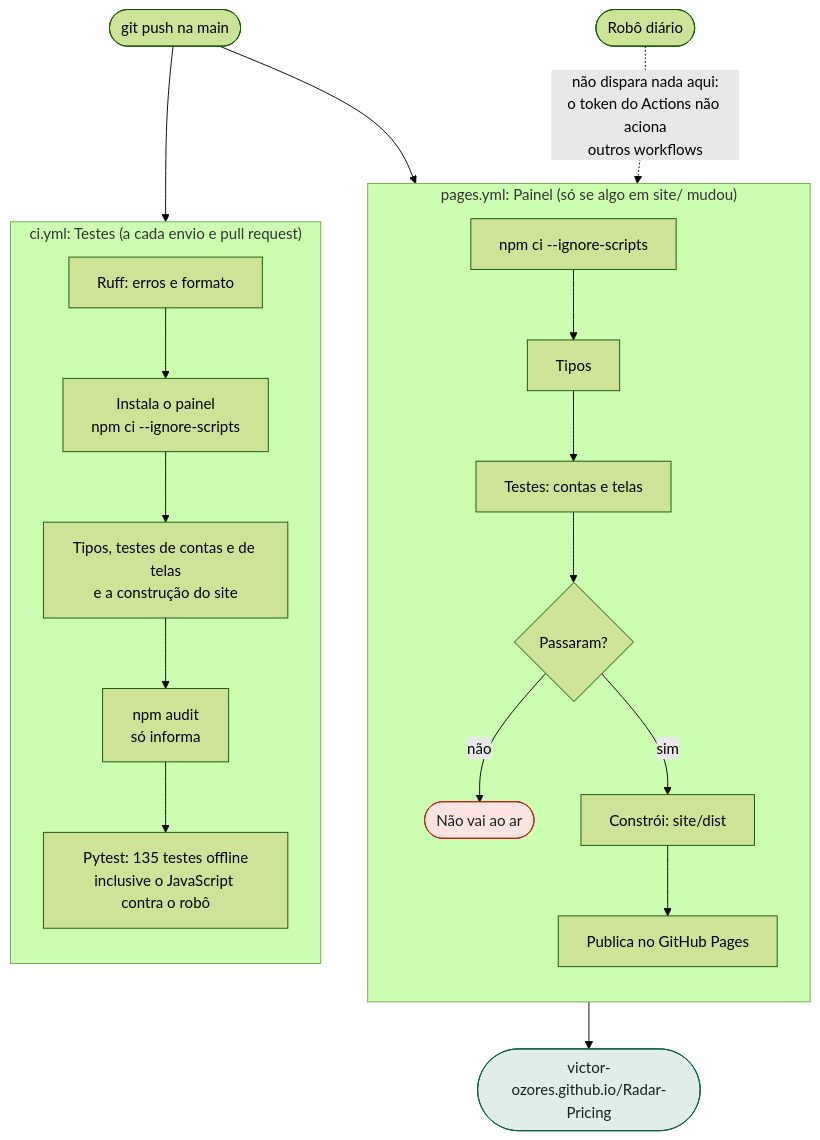
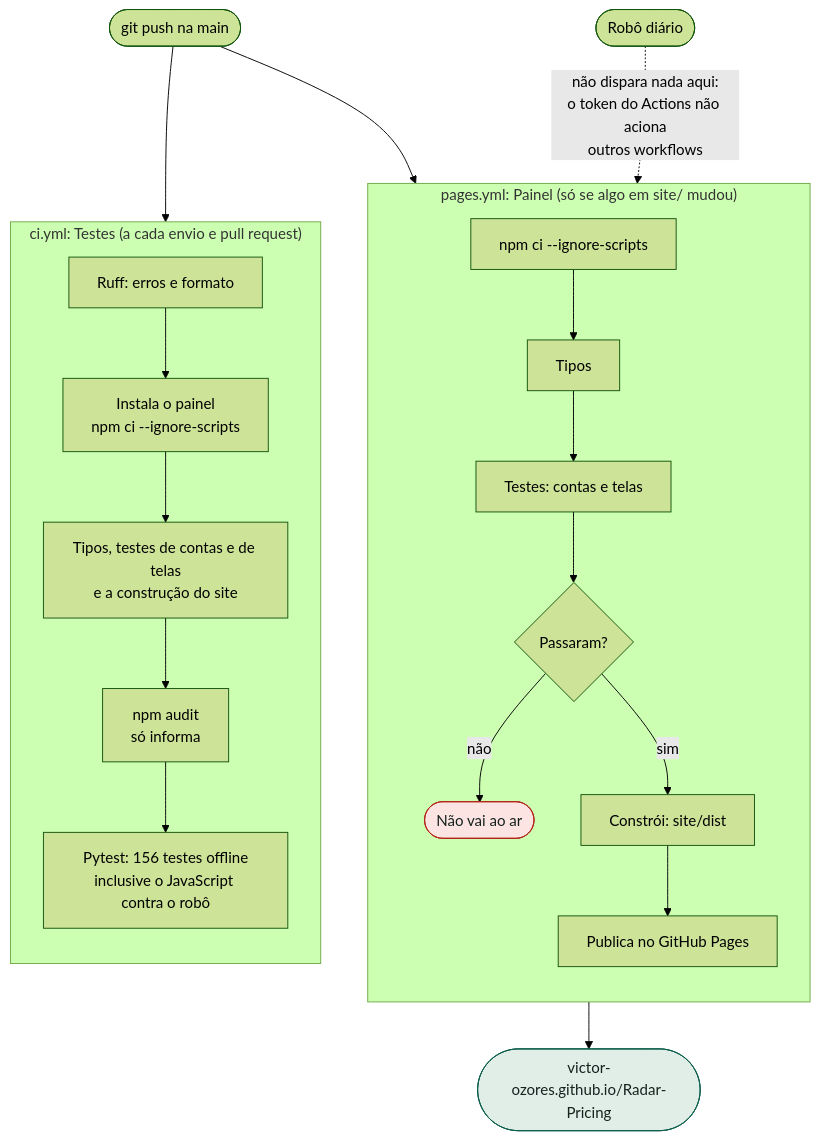
The eighth of 8 diagrams in docs/fluxograma.md (victor-ozores/Radar-Pricing), drawn with Mermaid (forest theme) before and after one commit. The commit also changed other lines of this file and 39 other files, not shown here.

````diff
--- a/docs/fluxograma.md
+++ b/docs/fluxograma.md
@@ -260,31 +260,31 @@
 ```mermaid
 flowchart TD
     A(["git push na main"]) --> CI
     A --> PG
 
     subgraph CI["ci.yml: Testes (a cada envio e pull request)"]
         direction TB
         C1["Ruff: erros e formato"] --> C2["Instala o painel<br/>npm ci --ignore-scripts"]
         C2 --> C3["Tipos, testes de contas e de telas<br/>e a construção do site"]
         C3 --> C4["npm audit<br/>só informa"]
-        C4 --> C5["Pytest: 135 testes offline<br/>inclusive o JavaScript contra o robô"]
+        C4 --> C5["Pytest: 156 testes offline<br/>inclusive o JavaScript contra o robô"]
     end
 
     subgraph PG["pages.yml: Painel (só se algo em site/ mudou)"]
         direction TB
         P1["npm ci --ignore-scripts"] --> P2["Tipos"]
         P2 --> P3["Testes: contas e telas"]
         P3 --> P4{"Passaram?"}
         P4 -->|"não"| PX(["Não vai ao ar"])
         P4 -->|"sim"| P5["Constrói: site/dist"]
         P5 --> P6["Publica no GitHub Pages"]
     end
 
     P6 --> SITE(["victor-ozores.github.io/Radar-Pricing"])
     ROB(["Robô diário"]) -.->|"não dispara nada aqui:<br/>o token do Actions não aciona<br/>outros workflows"| PG
 
     classDef ruim fill:#fbe4e1,stroke:#b42318,color:#15211e
     classDef fim fill:#e1eee8,stroke:#0b5d4b,color:#15211e
     class PX ruim
     class SITE fim
 ```
````
